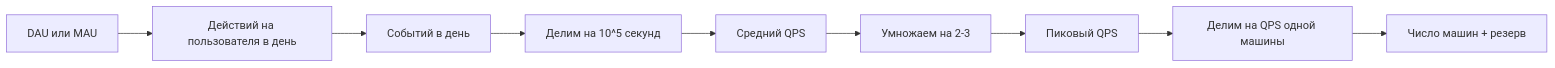
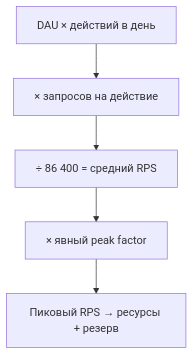
Before and after one commit to AlohaJava/system-design-interview-chamkin: the diagram in 04-cheatsheets/numbers.md, drawn with Mermaid. The commit also changed other lines of this file and 49 other files, not shown here.

````diff
--- a/04-cheatsheets/numbers.md
+++ b/04-cheatsheets/numbers.md
@@ -151,11 +135,7 @@
 ```mermaid
-flowchart LR
-    A["DAU или MAU"] --> B["Действий на пользователя в день"]
-    B --> C["Событий в день"]
-    C --> D["Делим на 10^5 секунд"]
-    D --> E["Средний QPS"]
-    E --> F["Умножаем на 2-3"]
-    F --> G["Пиковый QPS"]
-    G --> H["Делим на QPS одной машины"]
-    H --> I["Число машин + резерв"]
+flowchart TB
+    A["DAU × действий в день"] --> B["× запросов на действие"]
+    B --> C["÷ 86 400 = средний RPS"]
+    C --> D["× явный peak factor"]
+    D --> E["Пиковый RPS → ресурсы + резерв"]
 ```
````
